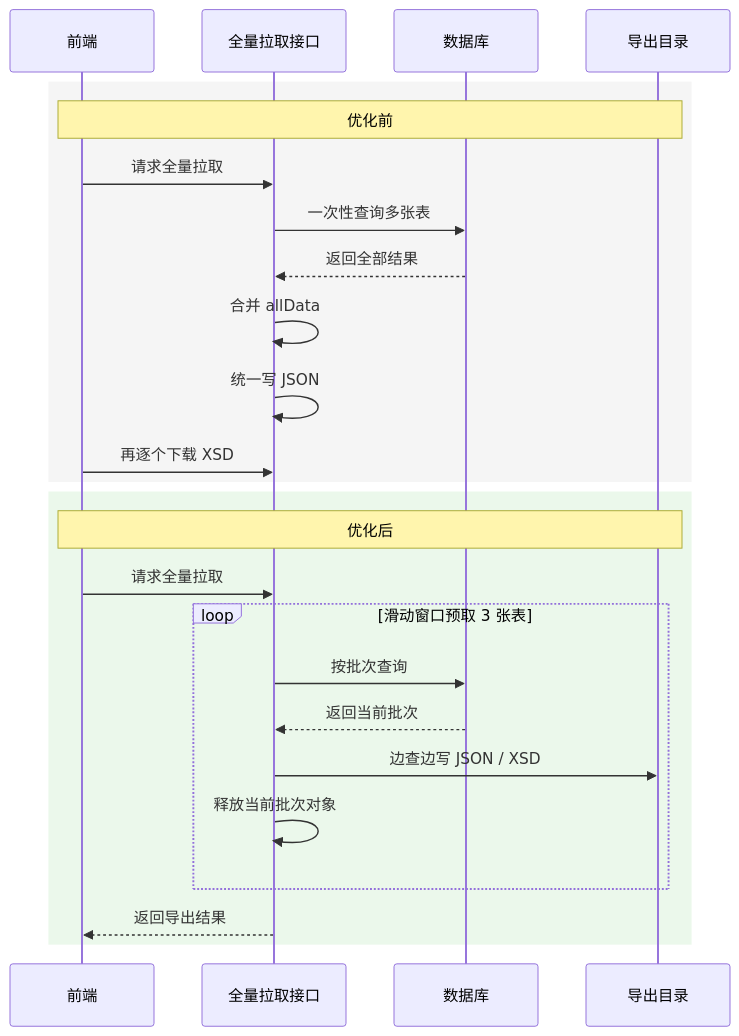
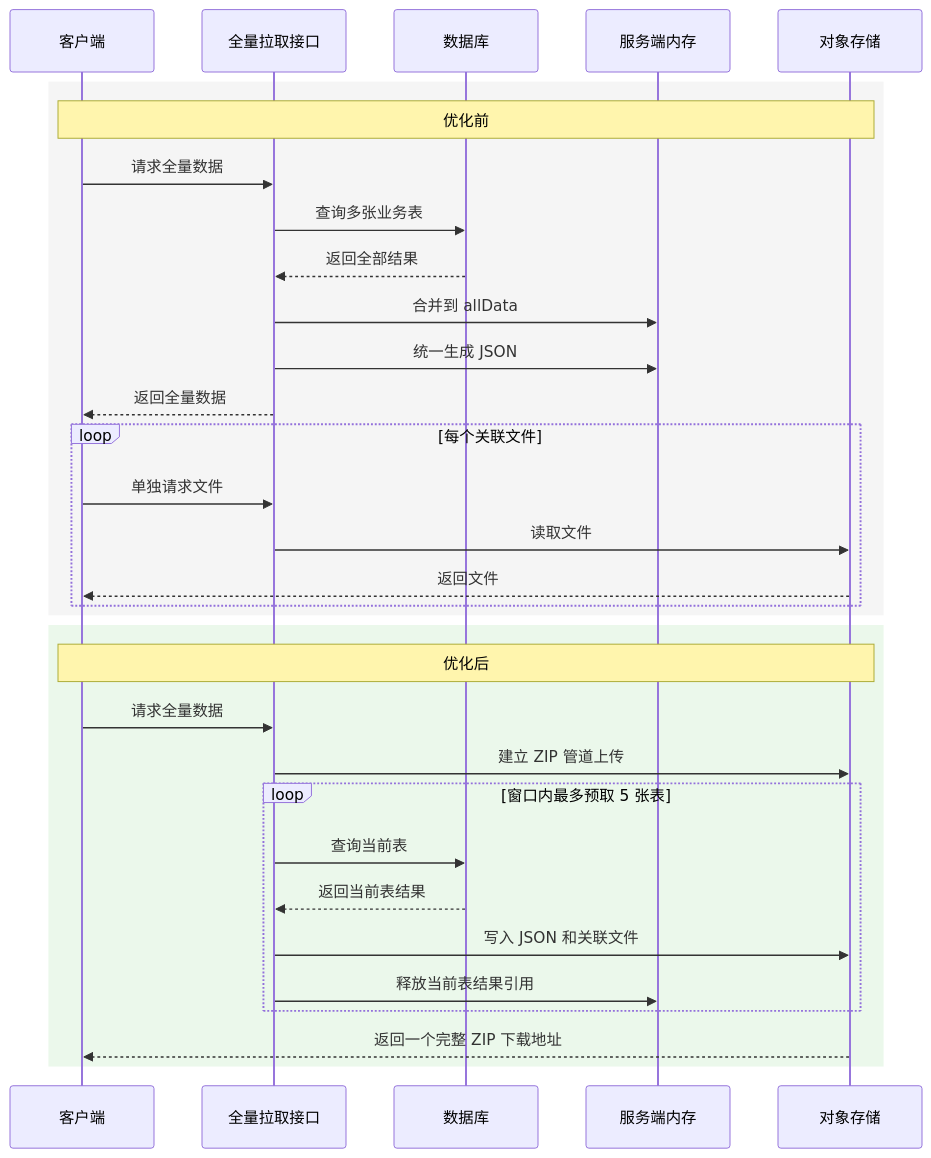
Before and after one commit to ryh77/Firefly: the diagram in src/content/posts/滑动窗口优化大数据导出OOM问题.md, drawn with Mermaid. The commit also changed other lines of this file, not shown here.

````diff
--- a/src/content/posts/滑动窗口优化大数据导出OOM问题.md
+++ b/src/content/posts/滑动窗口优化大数据导出OOM问题.md
@@ -61,29 +213,36 @@
 ```mermaid
 sequenceDiagram
-    participant F as 前端
-    participant A as 全量拉取接口
+    participant C as 客户端
+    participant P as 全量拉取接口
     participant D as 数据库
-    participant R as 导出目录
+    participant M as 服务端内存
+    participant O as 对象存储
 
     rect rgb(245, 245, 245)
-        note over F,R: 优化前
-        F->>A: 请求全量拉取
-        A->>D: 一次性查询多张表
-        D-->>A: 返回全部结果
-        A->>A: 合并 allData
-        A->>A: 统一写 JSON
-        F->>A: 再逐个下载 XSD
+        note over C,O: 优化前
+        C->>P: 请求全量数据
+        P->>D: 查询多张业务表
+        D-->>P: 返回全部结果
+        P->>M: 合并到 allData
+        P->>M: 统一生成 JSON
+        P-->>C: 返回全量数据
+        loop 每个关联文件
+            C->>P: 单独请求文件
+            P->>O: 读取文件
+            O-->>C: 返回文件
+        end
     end
 
     rect rgb(235, 248, 235)
-        note over F,R: 优化后
-        F->>A: 请求全量拉取
-        loop 滑动窗口预取 3 张表
-            A->>D: 按批次查询
-            D-->>A: 返回当前批次
-            A->>R: 边查边写 JSON / XSD
-            A->>A: 释放当前批次对象
+        note over C,O: 优化后
+        C->>P: 请求全量数据
+        P->>O: 建立 ZIP 管道上传
+        loop 窗口内最多预取 5 张表
+            P->>D: 查询当前表
+            D-->>P: 返回当前表结果
+            P->>O: 写入 JSON 和关联文件
+            P->>M: 释放当前表结果引用
         end
-        A-->>F: 返回导出结果
+        O-->>C: 返回一个完整 ZIP 下载地址
     end
 ```
````
